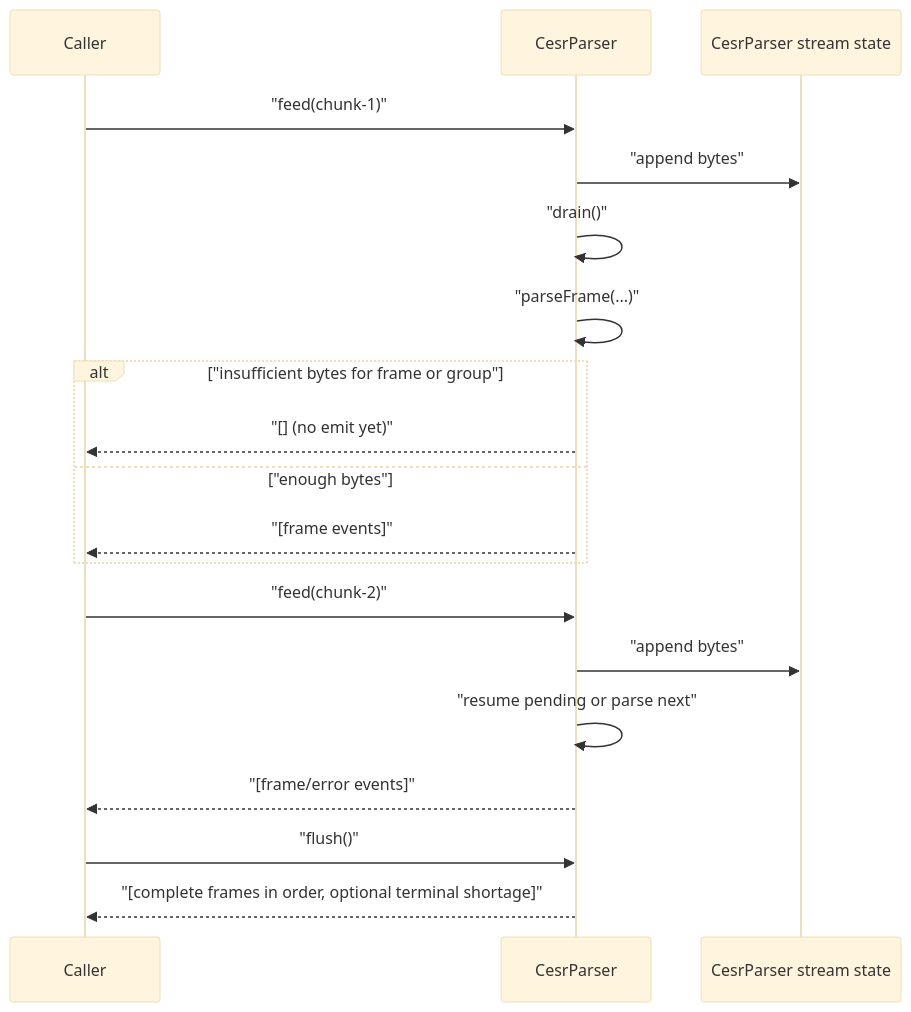
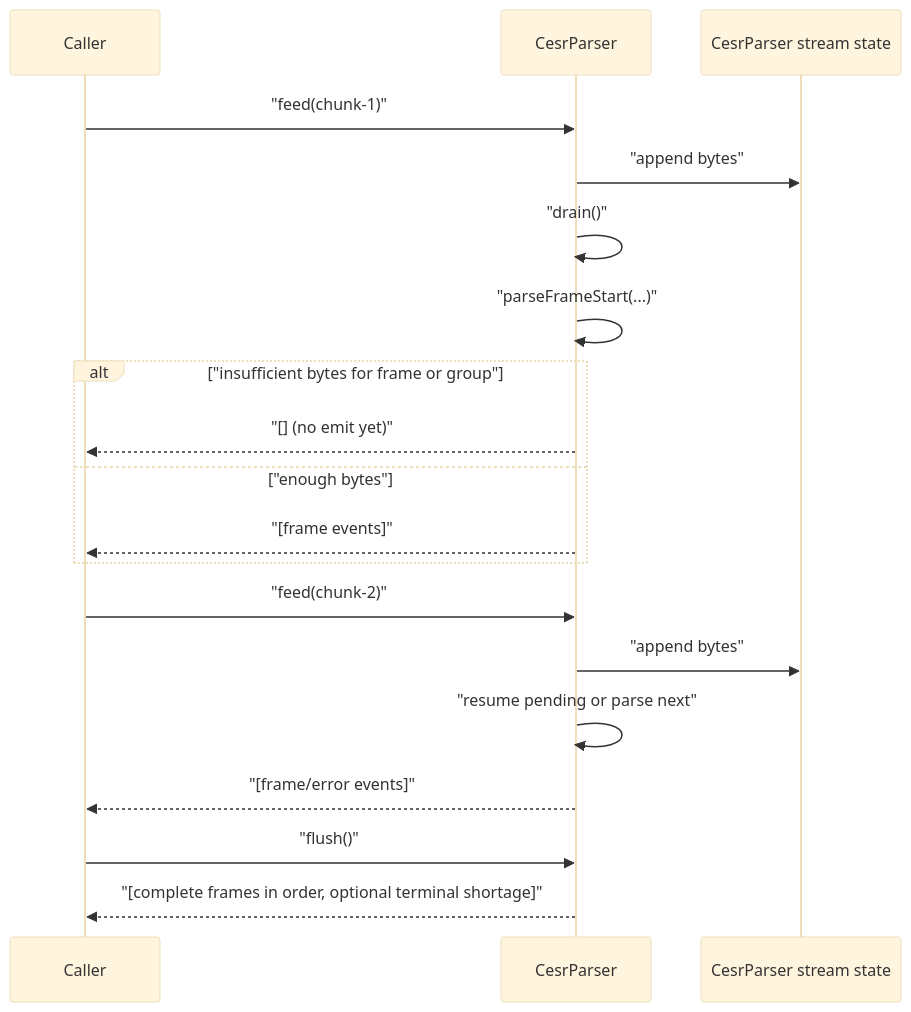
One commit to kentbull/keri-ts changed the sixth of 7 diagrams in docs/design-docs/cesr/CESR_ATOMIC_BOUNDED_PARSER_ARCHITECTURE.md. Above: the diagram before and after it, drawn with Mermaid (base theme). The commit also changed other lines of this file and 6 other files, not shown here.

````diff
--- a/docs/design-docs/cesr/CESR_ATOMIC_BOUNDED_PARSER_ARCHITECTURE.md
+++ b/docs/design-docs/cesr/CESR_ATOMIC_BOUNDED_PARSER_ARCHITECTURE.md
@@ -129,24 +129,24 @@
 ```mermaid
 sequenceDiagram
     participant C as Caller
     participant P as CesrParser
     participant S as CesrParser stream state
 
     C->>P: "feed(chunk-1)"
     P->>S: "append bytes"
     P->>P: "drain()"
-    P->>P: "parseFrame(...)"
+    P->>P: "parseFrameStart(...)"
     alt "insufficient bytes for frame or group"
         P-->>C: "[] (no emit yet)"
     else "enough bytes"
         P-->>C: "[frame events]"
     end
 
     C->>P: "feed(chunk-2)"
     P->>S: "append bytes"
     P->>P: "resume pending or parse next"
     P-->>C: "[frame/error events]"
 
     C->>P: "flush()"
     P-->>C: "[complete frames in order, optional terminal shortage]"
 ```
````
